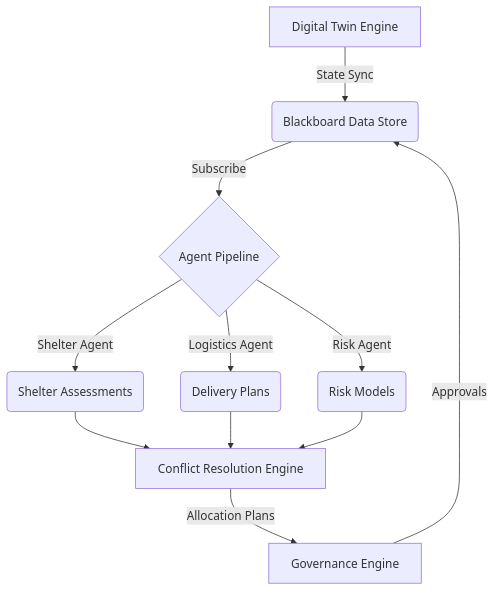
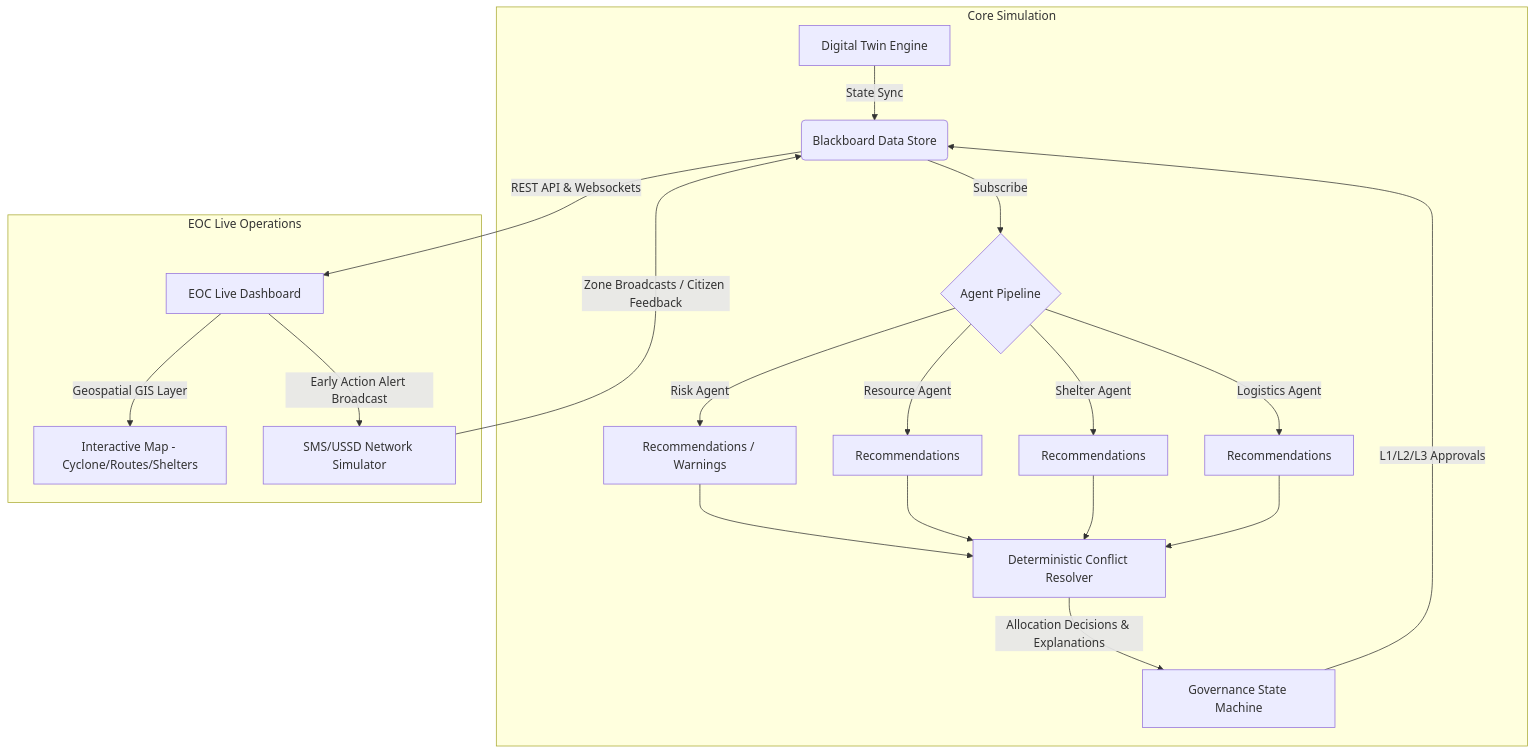
The diagram in docs/figures/fig1_system_architecture.md (Joshuamathewj2/mirage-cyclone-prevention), drawn with Mermaid before and after one commit. The commit also changed 55 other files, not shown here.

````diff
--- a/docs/figures/fig1_system_architecture.md
+++ b/docs/figures/fig1_system_architecture.md
@@ -1,13 +1,21 @@
 ```mermaid
 graph TD;
-    A[Digital Twin Engine] -->|State Sync| B(Blackboard Data Store);
-    B -->|Subscribe| C{Agent Pipeline};
-    C -->|Shelter Agent| D(Shelter Assessments);
-    C -->|Logistics Agent| E(Delivery Plans);
-    C -->|Risk Agent| F(Risk Models);
-    D --> G[Conflict Resolution Engine];
-    E --> G;
-    F --> G;
-    G -->|Allocation Plans| H[Governance Engine];
-    H -->|Approvals| B;
+    subgraph Core Simulation
+        A[Digital Twin Engine] -->|State Sync| B(Blackboard Data Store);
+        B -->|Subscribe| C{Agent Pipeline};
+        C -->|Risk Agent| D[Recommendations / Warnings];
+        C -->|Resource Agent| E[Recommendations];
+        C -->|Shelter Agent| F[Recommendations];
+        C -->|Logistics Agent| G[Recommendations];
+        D & E & F & G --> H[Deterministic Conflict Resolver];
+        H -->|Allocation Decisions & Explanations| I[Governance State Machine];
+        I -->|L1/L2/L3 Approvals| B;
+    end
+    
+    subgraph EOC Live Operations
+        B -->|REST API & Websockets| J[EOC Live Dashboard];
+        J -->|Geospatial GIS Layer| K[Interactive Map - Cyclone/Routes/Shelters];
+        J -->|Early Action Alert Broadcast| L[SMS/USSD Network Simulator];
+        L -->|Zone Broadcasts / Citizen Feedback| B;
+    end
 ```
````
